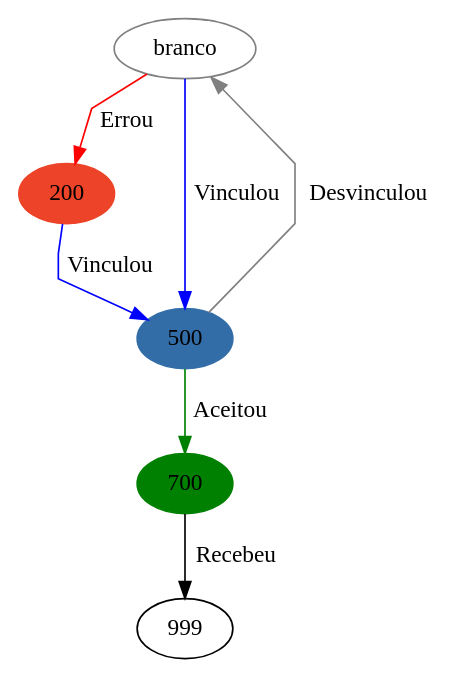
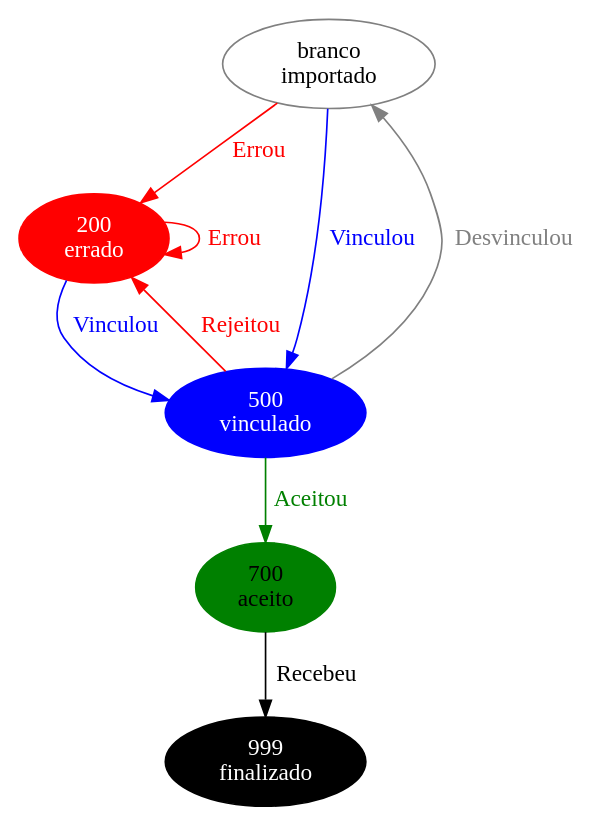
Before and after one commit to GiovaniPM/Graphs: the diagram in Fluxo Status XML.gv, drawn with Graphviz. The commit also changed 1 other file, not shown here.

```diff
--- a/Fluxo Status XML.gv
+++ b/Fluxo Status XML.gv
@@ -1,14 +1,17 @@
 digraph {
-    splines=polyline;
-    branco [color=gray];
-    200 [style = filled color="#ed4328"];
-    500 [style = filled color="#326da8"];
-    700 [style = filled color=green];
-    999;   
-    branco -> 500 [color=blue label="Vinculou"];
-    branco -> 200 [color=red label="Errou"];
-    200 -> 500 [color=blue label="Vinculou"];
-    500 -> branco [color=gray label="Desvinculou"];
-    500 -> 700 [color=green label="Aceitou"];
+    fontname="arial";
+    branco [color=gray label="branco\nimportado"];
+    200 [style=filled color=red fontcolor=white label="200\nerrado"];
+    500 [style=filled color=blue fontcolor=white label="500\nvinculado"];
+    700 [style=filled color=green label="700\naceito"];
+    999 [style=filled color=black fontcolor=white label="999\nfinalizado"];   
+
+    branco -> 500 [color=blue label="Vinculou" fontcolor=blue];
+    branco -> 200 [color=red label="Errou" fontcolor=red];
+    200 -> 200 [color=red label="Errou" fontcolor=red];
+    200 -> 500 [color=blue label="Vinculou" fontcolor=blue];
+    500 -> branco [color=gray label="Desvinculou" fontcolor=gray];
+    500 -> 200 [color=red label="Rejeitou" fontcolor=red];
+    500 -> 700 [color=green label="Aceitou" fontcolor=green];
     700 -> 999 [label="Recebeu"];
 }
```
